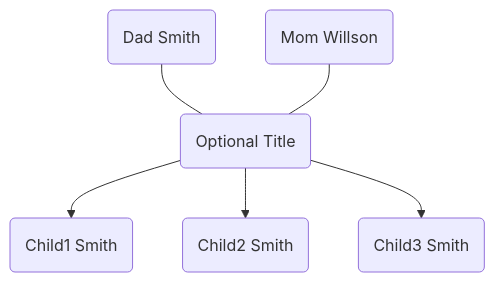
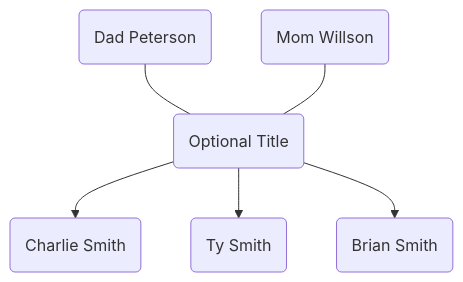
Before and after one commit to hunterunger/simple-family-tree-creator: the diagram in README.md, drawn with Mermaid. The commit also changed other lines of this file, not shown here.

````diff
--- a/README.md
+++ b/README.md
@@ -18,15 +29,12 @@
 ```mermaid
 flowchart TB
 
-classDef blue fill:#66deff,stroke:#000,color:#000
-
-
 %% GENERATION 0%%
-DadSmith("Dad Smith") --- DadMom(Optional Title)
+DadSmith("Dad Peterson") --- DadMom(Optional Title)
 MomWillson("Mom Willson") --- DadMom(Optional Title)
 
-DadMom(Optional Title) --> Child1Smith("Child1 Smith")
-DadMom(Optional Title) --> Child2Smith("Child2 Smith")
-DadMom(Optional Title) --> Child3Smith("Child3 Smith")
+DadMom(Optional Title) --> Child1Smith("Charlie Smith")
+DadMom(Optional Title) --> Child2Smith("Ty Smith")
+DadMom(Optional Title) --> Child3Smith("Brian Smith")
 
 ```
````
